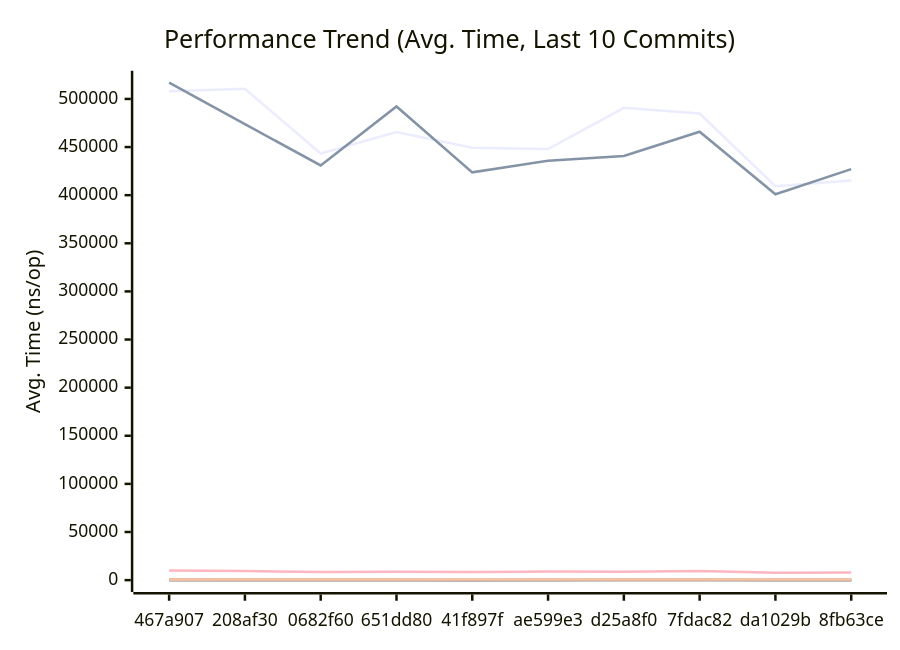
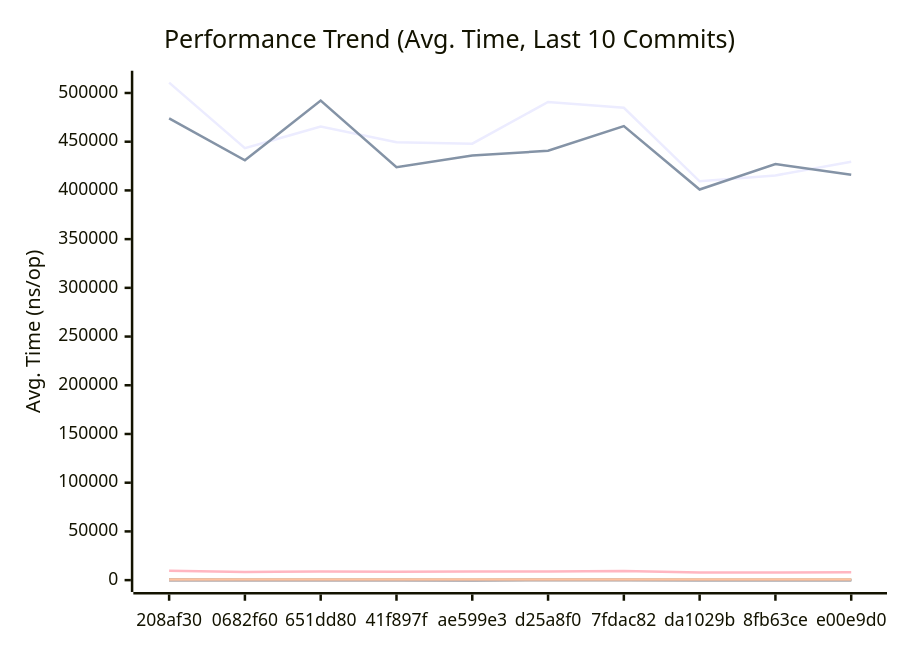
Before and after one commit to alsotoes/momo: the first of 3 diagrams in docs/PERFORMANCE.md, drawn with Mermaid. The commit also changed other lines of this file and 2 other files, not shown here.

````diff
--- a/docs/PERFORMANCE.md
+++ b/docs/PERFORMANCE.md
@@ -145,20 +145,20 @@
 ```mermaid
 xychart-beta
     title "Performance Trend (Avg. Time, Last 10 Commits)"
     x-axis "Commit"
     y-axis "Avg. Time (ns/op)"
-    x-axis [467a907,208af30,0682f60,651dd80,41f897f,ae599e3,d25a8f0,7fdac82,da1029b,8fb63ce]
-    line "AWSChunkedReaderSigned" [507945,510634,443312,465495,449386,448000,490719,484836,409335,415353]
-    line "AWSChunkedReaderUnsigned" [516953,473850,430915,492166,423737,435828,440689,465971,400921,427097]
-    line "CheckMetricsAndSwap" [11,10,9,8,8,9,8,10,7,8]
-    line "CrushOptimized" [346,377,292,388,386,330,354,427,297,293]
-    line "CrushOriginal" [505,535,424,557,423,425,439,459,396,411]
+    x-axis [208af30,0682f60,651dd80,41f897f,ae599e3,d25a8f0,7fdac82,da1029b,8fb63ce,e00e9d0]
+    line "AWSChunkedReaderSigned" [510634,443312,465495,449386,448000,490719,484836,409335,415353,429495]
+    line "AWSChunkedReaderUnsigned" [473850,430915,492166,423737,435828,440689,465971,400921,427097,416046]
+    line "CheckMetricsAndSwap" [10,9,8,8,9,8,10,7,8,8]
+    line "CrushOptimized" [377,292,388,386,330,354,427,297,293,318]
+    line "CrushOriginal" [535,424,557,423,425,439,459,396,411,411]
     line "IndexDirectTracking" [0,0,0,0,0,0,0,0,0,0]
-    line "IndexSearch" [3,3,3,3,2,2,2,2,2,2]
-    line "LoadGlobalConfig" [10103,9520,8358,8807,8472,8919,8791,9473,7743,7862]
-    line "PadString" [50,50,38,50,47,41,47,46,38,38]
+    line "IndexSearch" [3,3,3,2,2,2,2,2,2,2]
+    line "LoadGlobalConfig" [9520,8358,8807,8472,8919,8791,9473,7743,7862,8049]
+    line "PadString" [50,38,50,47,41,47,46,38,38,39]
     line "ParseReplicationOrder_NoPrealloc" [350,349,357,354,345,225,229,165,232,234]
     line "ParseReplicationOrder_Prealloc" [229,231,237,234,229,108,107,80,110,109]
-    line "SanitizeLog/Safe" [578,516,490,475,259,236,446,421,213,231]
-    line "SanitizeLog/Unsafe" [732,656,551,638,691,701,564,628,658,674]
+    line "SanitizeLog/Safe" [516,490,475,259,236,446,421,213,231,213]
+    line "SanitizeLog/Unsafe" [656,551,638,691,701,564,628,658,674,673]
 ```
````
